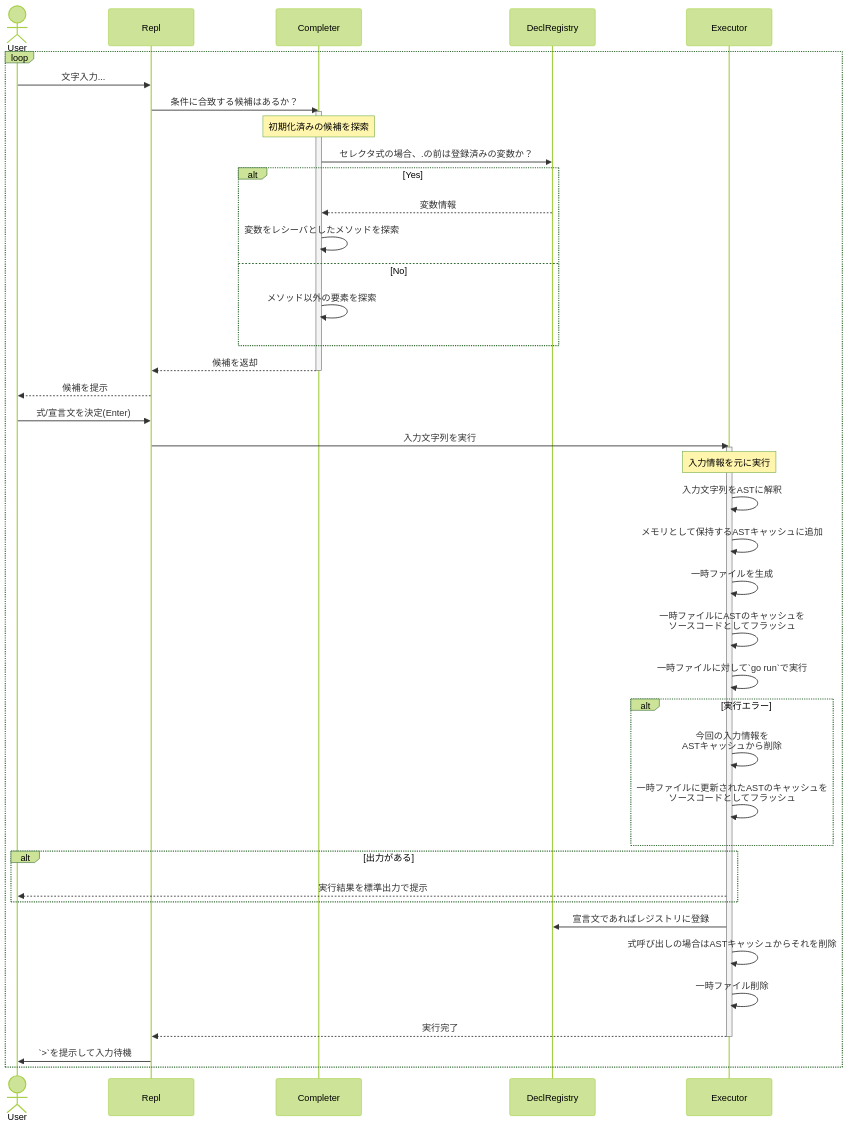
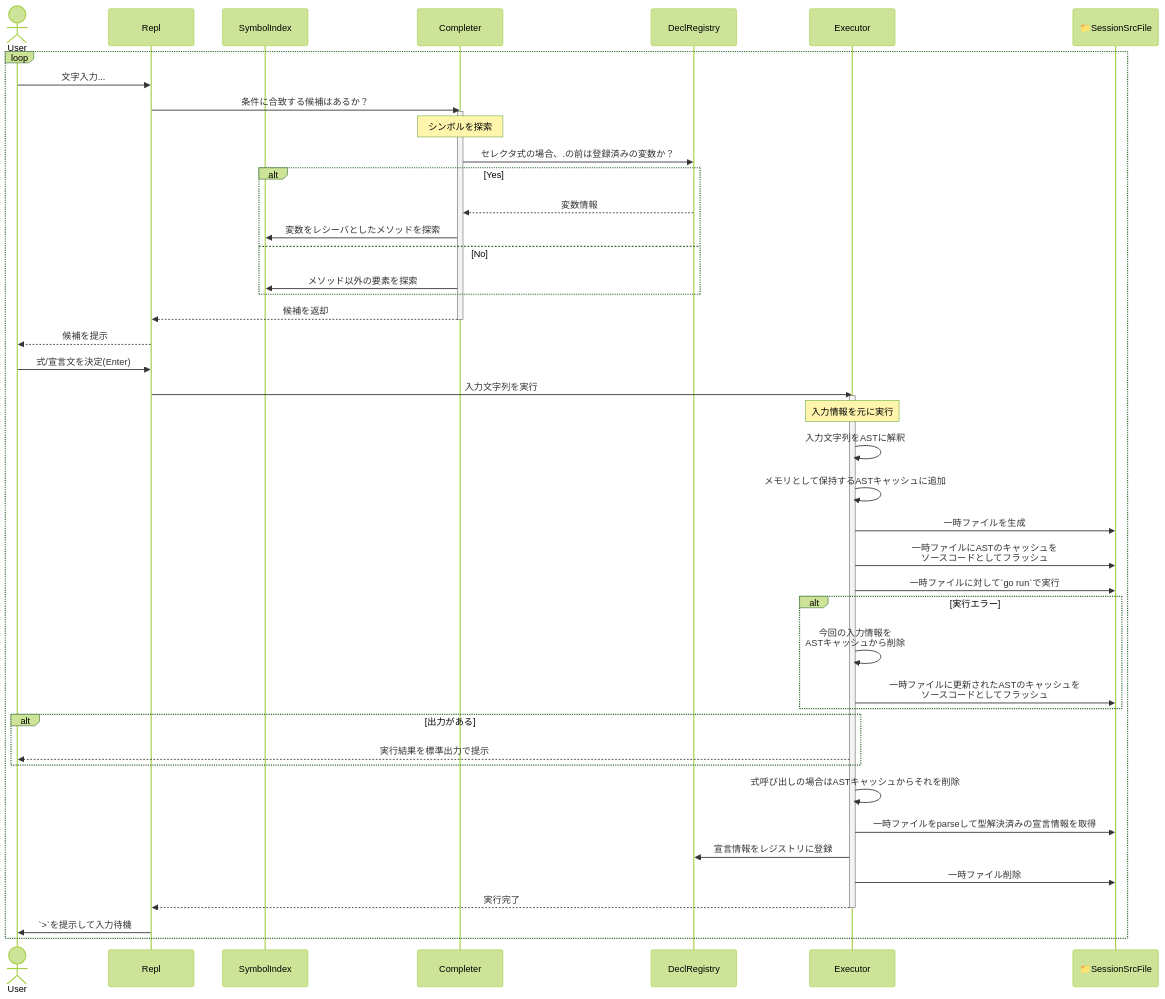
One commit to kakkky/gonsole changed the diagram in docs/SEQUENCE.md. Above: the diagram before and after it, drawn with Mermaid (forest theme). The commit also changed 1 other file, not shown here.

Commit message:
📝 Update docs

````diff
--- a/docs/SEQUENCE.md
+++ b/docs/SEQUENCE.md
@@ -3,48 +3,51 @@
 ```mermaid
 sequenceDiagram
     actor User
     participant Repl
+    participant SymbolIndex
     participant Completer
     participant DeclRegistry
     participant Executor
+    participant SessionSrcFile as 📁SessionSrcFile
 
     loop
         User->>Repl: 文字入力...
         Repl->>Completer: 条件に合致する候補はあるか？
         activate Completer
-            Note over Completer:初期化済みの候補を探索
+            Note over Completer: シンボルを探索
             Completer->>DeclRegistry: セレクタ式の場合、.の前は登録済みの変数か？
             alt Yes
                 DeclRegistry-->>Completer:変数情報
-                Completer->>Completer: 変数をレシーバとしたメソッドを探索
+                Completer->>SymbolIndex: 変数をレシーバとしたメソッドを探索
             else No
-                Completer->>Completer: メソッド以外の要素を探索
+                Completer->>SymbolIndex: メソッド以外の要素を探索
             end
             Completer-->>Repl: 候補を返却
         deactivate Completer
 
         Repl-->>User: 候補を提示
         User->>Repl: 式/宣言文を決定(Enter)
         Repl->>Executor: 入力文字列を実行
         activate Executor
             Note over Executor: 入力情報を元に実行
             Executor->>Executor: 入力文字列をASTに解釈
             Executor->>Executor: メモリとして保持するASTキャッシュに追加
-            Executor->>Executor: 一時ファイルを生成
-            Executor->>Executor: 一時ファイルにASTのキャッシュを<br>ソースコードとしてフラッシュ
-            Executor->>Executor: 一時ファイルに対して`go run`で実行
+            Executor->>SessionSrcFile: 一時ファイルを生成
+            Executor->>SessionSrcFile: 一時ファイルにASTのキャッシュを<br>ソースコードとしてフラッシュ
+            Executor->>SessionSrcFile: 一時ファイルに対して`go run`で実行
             alt 実行エラー
                 Executor->>Executor: 今回の入力情報を<br>ASTキャッシュから削除
-                Executor->>Executor: 一時ファイルに更新されたASTのキャッシュを<br>ソースコードとしてフラッシュ
+                Executor->>SessionSrcFile: 一時ファイルに更新されたASTのキャッシュを<br>ソースコードとしてフラッシュ
             end
             alt 出力がある
                 Executor-->>User: 実行結果を標準出力で提示
             end
-            Executor->>DeclRegistry: 宣言文であればレジストリに登録
             Executor->>Executor: 式呼び出しの場合はASTキャッシュからそれを削除
-            Executor->>Executor:一時ファイル削除
+            Executor->>SessionSrcFile: 一時ファイルをparseして型解決済みの宣言情報を取得
+            Executor->>DeclRegistry: 宣言情報をレジストリに登録
+            Executor->>SessionSrcFile: 一時ファイル削除
             Executor-->>Repl:実行完了
         deactivate Executor
         Repl->>User: `>`を提示して入力待機
     end
 ```
````
